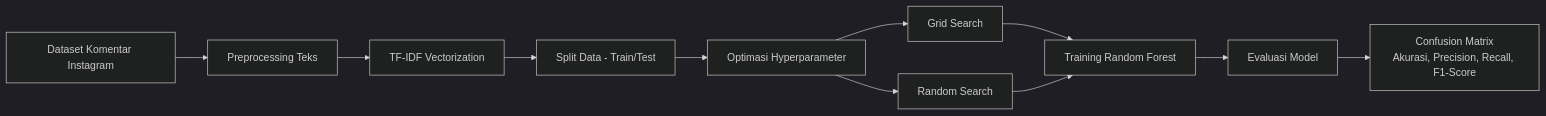
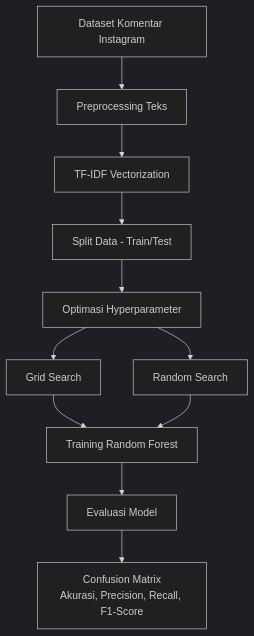
One commit to Ahmadd1998/sentiment-analyst- changed the diagram in README.md. Above: the diagram before and after it, drawn with Mermaid (dark theme).

````diff
--- a/README.md
+++ b/README.md
@@ -15,13 +15,13 @@
 ```mermaid
-flowchart LR
+flowchart TD
 A[Dataset Komentar Instagram] --> B[Preprocessing Teks]
 B --> C[TF-IDF Vectorization]
 C --> D[Split Data - Train/Test]
 D --> E[Optimasi Hyperparameter]
 E --> E1[Grid Search]
 E --> E2[Random Search]
 E1 --> F[Training Random Forest]
 E2 --> F[Training Random Forest]
 F --> G[Evaluasi Model]
 G --> H[Confusion Matrix\nAkurasi, Precision, Recall, F1-Score]
 ```
````
